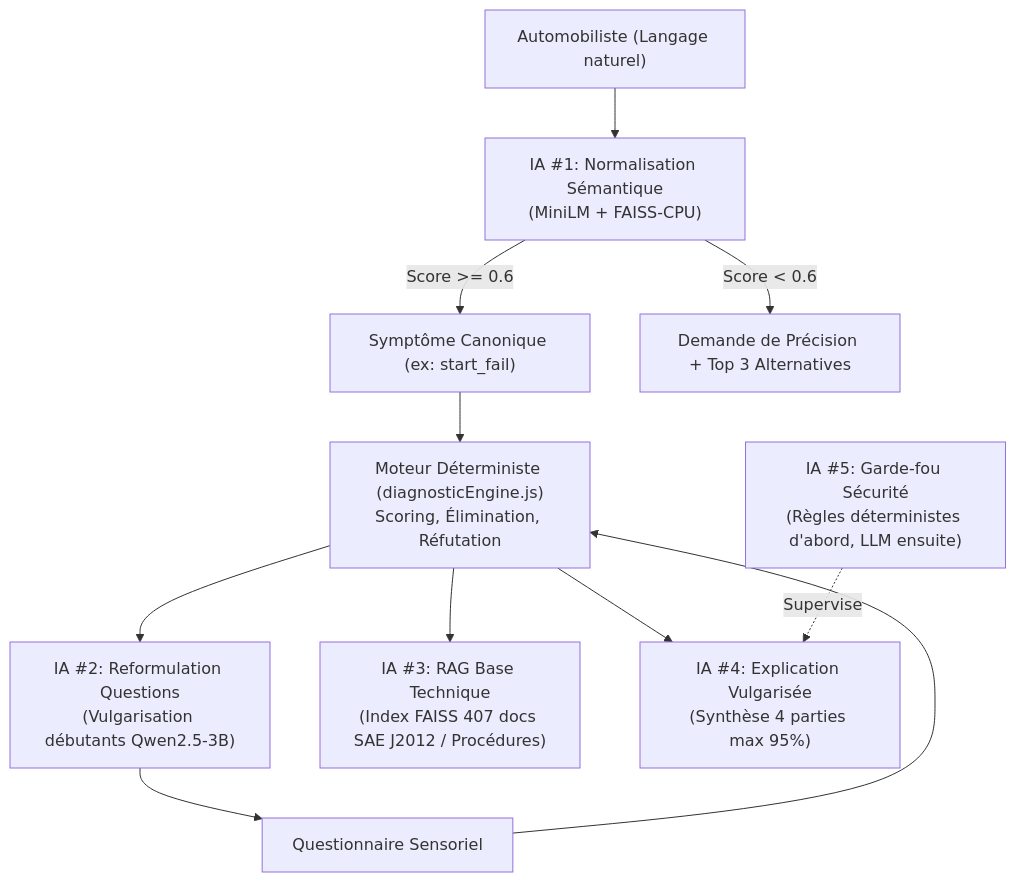
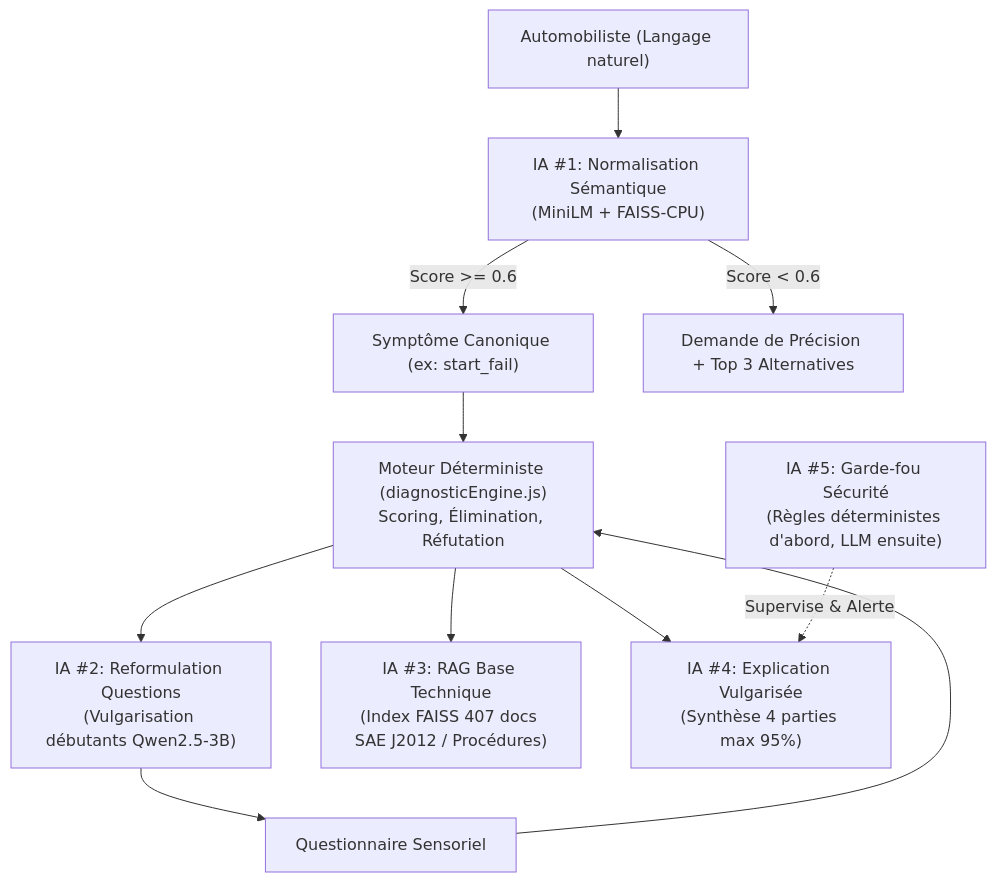
The diagram in docs/architecture_ia.md (KoukouDev99/autodiag), drawn with Mermaid before and after one commit. The commit also changed other lines of this file and 6 other files, not shown here.

Commit message:
feat(ai): integrate safety guard (IA #5) with deterministic checks first, LLM second and confidence <= 95% cap

````diff
--- a/docs/architecture_ia.md
+++ b/docs/architecture_ia.md
@@ -19,17 +19,17 @@
 ```mermaid
 flowchart TD
     USER["Automobiliste (Langage naturel)"] --> NORM["IA #1: Normalisation Sémantique<br/>(MiniLM + FAISS-CPU)"]
     NORM -->|Score >= 0.6| CANON["Symptôme Canonique (ex: start_fail)"]
     NORM -->|Score < 0.6| CLARIF["Demande de Précision + Top 3 Alternatives"]
     
     CANON --> ENGINE["Moteur Déterministe (diagnosticEngine.js)<br/>Scoring, Élimination, Réfutation"]
     
     ENGINE --> REFORM["IA #2: Reformulation Questions<br/>(Vulgarisation débutants Qwen2.5-3B)"]
     REFORM --> QUIZ["Questionnaire Sensoriel"]
     QUIZ --> ENGINE
     
     ENGINE --> RAG["IA #3: RAG Base Technique<br/>(Index FAISS 407 docs SAE J2012 / Procédures)"]
     ENGINE --> EXPL["IA #4: Explication Vulgarisée<br/>(Synthèse 4 parties max 95%)"]
     
-    SAFETY["IA #5: Garde-fou Sécurité<br/>(Règles déterministes d'abord, LLM ensuite)"] -.->|Supervise| EXPL
+    SAFETY["IA #5: Garde-fou Sécurité<br/>(Règles déterministes d'abord, LLM ensuite)"] -.->|Supervise & Alerte| EXPL
 ```
````
